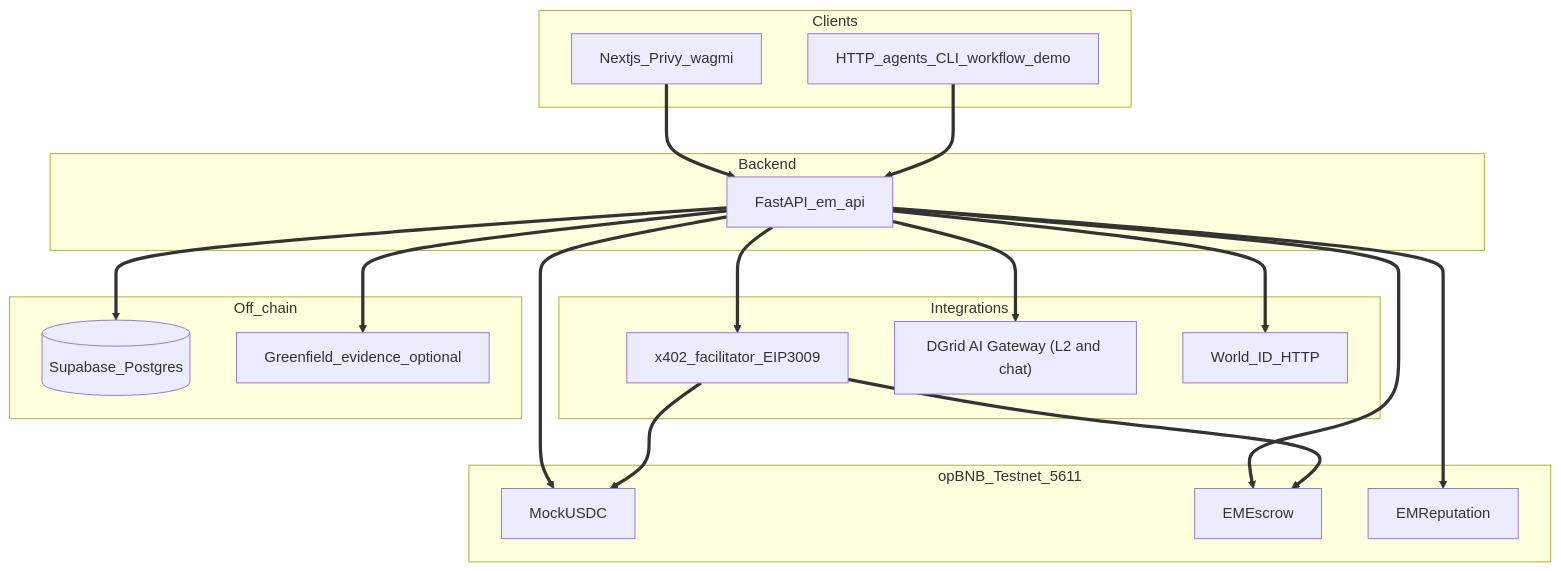
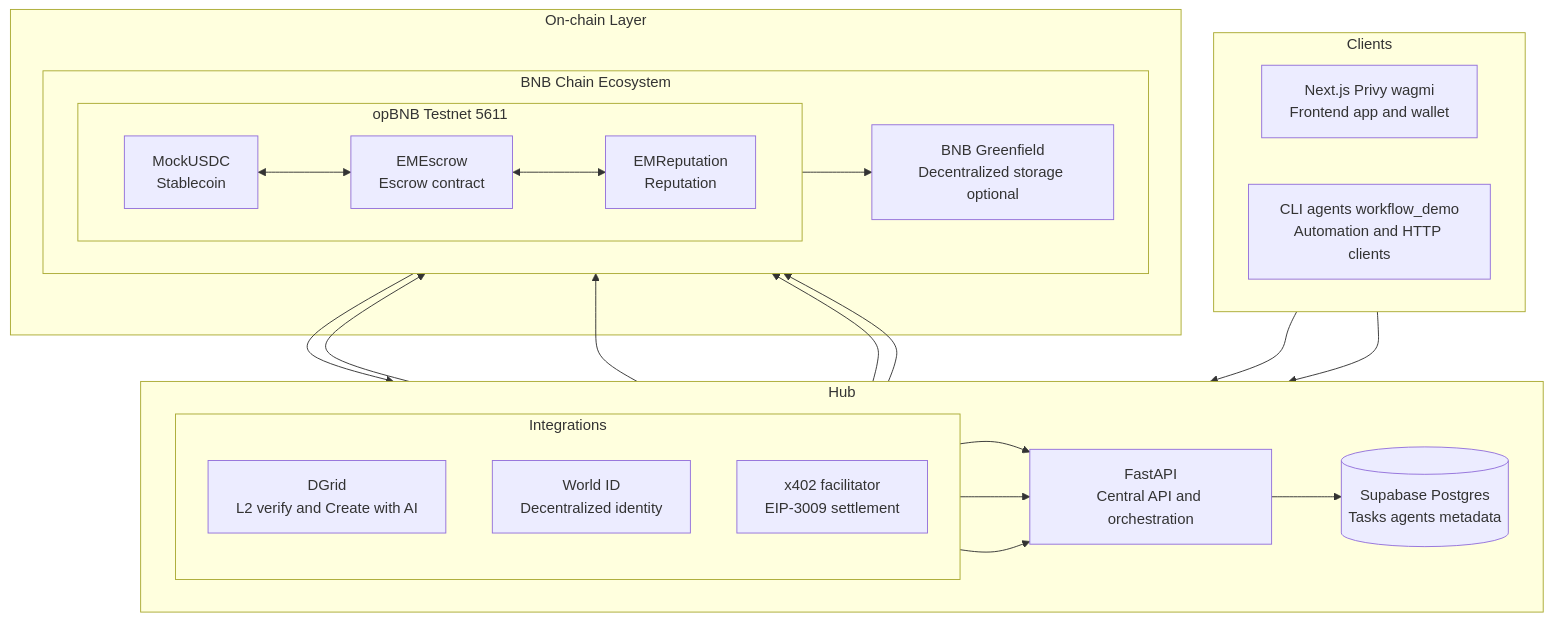
One commit to stephanienguyen2020/agent-0 changed the diagram in README.md. Above: the diagram before and after it, drawn with Mermaid.

````diff
--- a/README.md
+++ b/README.md
@@ -15,36 +15,49 @@
 ```mermaid
 flowchart TB
   subgraph clients [Clients]
-    Web[Nextjs_Privy_wagmi]
-    Agent[HTTP_agents_CLI_workflow_demo]
+    direction LR
+    Web["Next.js Privy wagmi<br/>Frontend app and wallet"]
+    Agent["CLI agents workflow_demo<br/>Automation and HTTP clients"]
   end
-  subgraph api [Backend]
-    FastAPI[FastAPI_em_api]
+
+  subgraph coreRow [Hub]
+    direction LR
+    subgraph integrations [Integrations]
+      direction TB
+      DGrid["DGrid<br/>L2 verify and Create with AI"]
+      WI["World ID<br/>Decentralized identity"]
+      Fac["x402 facilitator<br/>EIP-3009 settlement"]
+    end
+    FastAPI["FastAPI<br/>Central API and orchestration"]
+    SB[("Supabase Postgres<br/>Tasks agents metadata")]
   end
-  subgraph services [Integrations]
-    Fac[x402_facilitator_EIP3009]
-    DGrid["DGrid AI Gateway (L2 and chat)"]
-    WI[World_ID_HTTP]
+
+  subgraph onchainLayer [On-chain Layer]
+    subgraph bnbEco [BNB Chain Ecosystem]
+      direction LR
+      subgraph opbnb [opBNB Testnet 5611]
+        direction LR
+        USDC["MockUSDC<br/>Stablecoin"]
+        ESC["EMEscrow<br/>Escrow contract"]
+        REP["EMReputation<br/>Reputation"]
+      end
+      GF["BNB Greenfield<br/>Decentralized storage optional"]
+    end
   end
-  subgraph data [Off_chain]
-    SB[(Supabase_Postgres)]
-    GF[Greenfield_evidence_optional]
-  end
-  subgraph chain [opBNB_Testnet_5611]
-    USDC[MockUSDC]
-    ESC[EMEscrow]
-    REP[EMReputation]
-  end
-  Web ==> FastAPI
-  Agent ==> FastAPI
-  FastAPI ==> SB
-  FastAPI ==> GF
-  FastAPI ==> ESC
-  FastAPI ==> USDC
-  FastAPI ==> REP
-  FastAPI ==> Fac
-  FastAPI ==> DGrid
-  FastAPI ==> WI
-  Fac ==> ESC
-  Fac ==> USDC
+
+  Web --> FastAPI
+  Agent --> FastAPI
+  DGrid --> FastAPI
+  WI --> FastAPI
+  Fac --> FastAPI
+  FastAPI --> SB
+
+  FastAPI --> ESC
+  FastAPI --> GF
+  Fac --> USDC
+  Fac --> ESC
+  USDC <--> ESC
+  ESC <--> REP
+  REP --> GF
+  GF --> FastAPI
 ```
````
